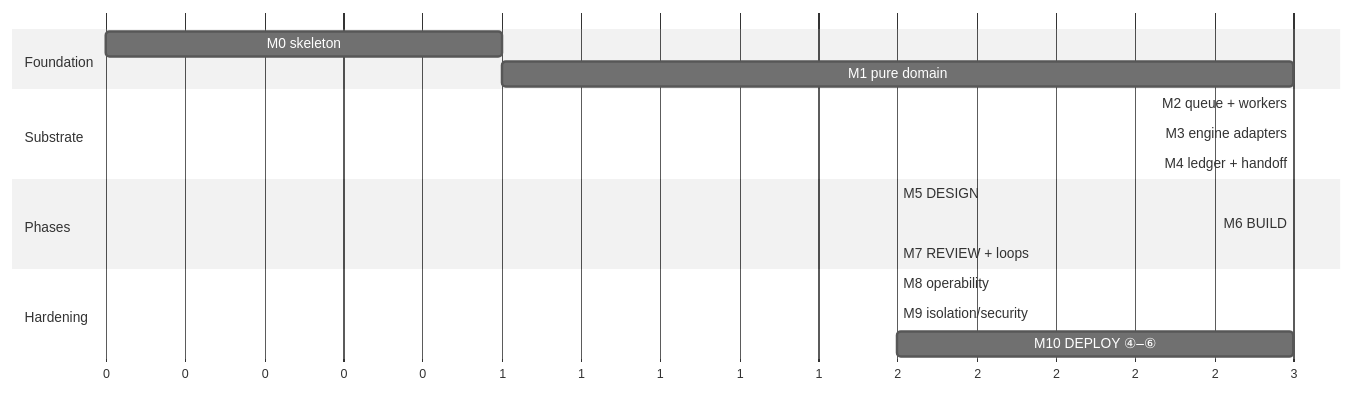
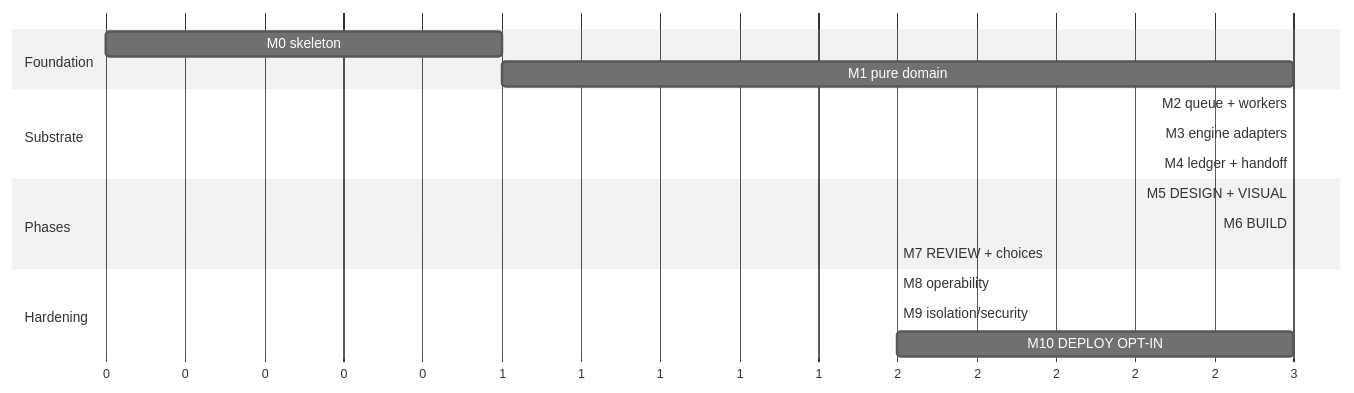
The diagram in docs/plans/implementation-plan.md (adammatthewsteinberger/vibey), drawn with Mermaid (neutral theme) before and after one commit. The commit also changed other lines of this file and 9 other files, not shown here.

````diff
--- a/docs/plans/implementation-plan.md
+++ b/docs/plans/implementation-plan.md
@@ -234,20 +248,20 @@
 ```mermaid
 gantt
     dateFormat X
     axisFormat %s
     section Foundation
     M0 skeleton          :m0, 0, 1
     M1 pure domain       :m1, after m0, 3
     section Substrate
     M2 queue + workers   :m2, after m1, 3
     M3 engine adapters   :m3, after m1, 3
     M4 ledger + handoff  :crit, m4, after m2, 3
     section Phases
-    M5 DESIGN            :m5, after m4, 2
+    M5 DESIGN + VISUAL   :m5, after m4, 3
     M6 BUILD             :crit, m6, after m4, 3
-    M7 REVIEW + loops    :m7, after m6, 2
+    M7 REVIEW + choices  :m7, after m6, 2
     section Hardening
     M8 operability       :m8, after m7, 2
     M9 isolation/security:m9, after m7, 2
-    M10 DEPLOY ④–⑥      :m10, after m8, 3
+    M10 DEPLOY OPT-IN    :m10, after m8, 3
 ```
````
